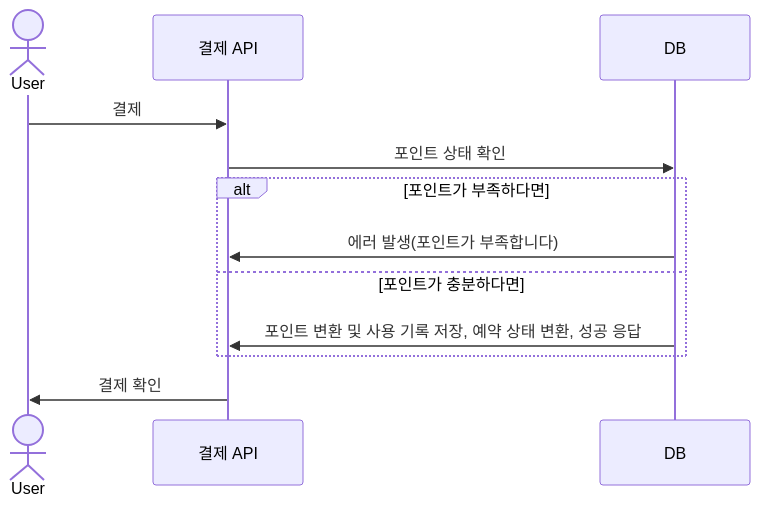
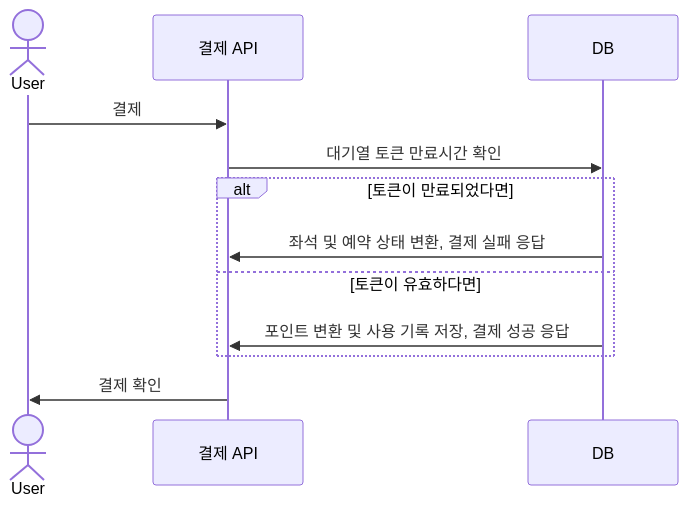
One commit to kimgun95/hhplus-concert-reservation changed the seventh of 7 diagrams in README.md. Above: the diagram before and after it, drawn with Mermaid. The commit also changed other lines of this file, not shown here.

First line of the commit message:
docs: 플로우 차트 및 시퀀스 다이어그램 수정 플로우 차트 - 날짜 조회 추가 - 결제 단계에서 '대기열 만료시간 확인' 분기문 추가

````diff
--- a/README.md
+++ b/README.md
@@ -90,12 +100,12 @@
 ```mermaid
 sequenceDiagram
 actor User
 User->>결제 API: 결제
-결제 API->>DB: 포인트 상태 확인
-alt 포인트가 부족하다면
-    DB->>결제 API: 에러 발생(포인트가 부족합니다)
-else 포인트가 충분하다면
-    DB->>결제 API: 포인트 변환 및 사용 기록 저장, 예약 상태 변환, 성공 응답
+결제 API->>DB: 대기열 토큰 만료시간 확인
+alt 토큰이 만료되었다면
+    DB->>결제 API: 좌석 및 예약 상태 변환, 결제 실패 응답
+else 토큰이 유효하다면
+    DB->>결제 API: 포인트 변환 및 사용 기록 저장, 결제 성공 응답
 end
 결제 API->>User: 결제 확인
 ```
````
